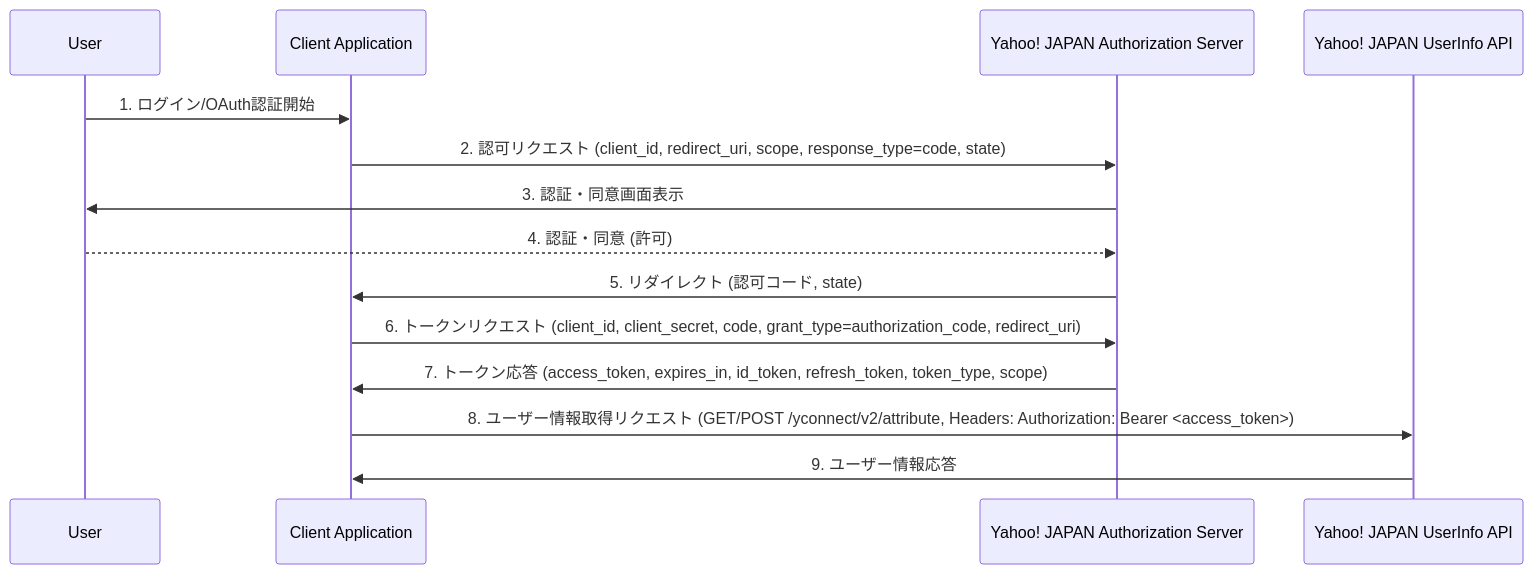
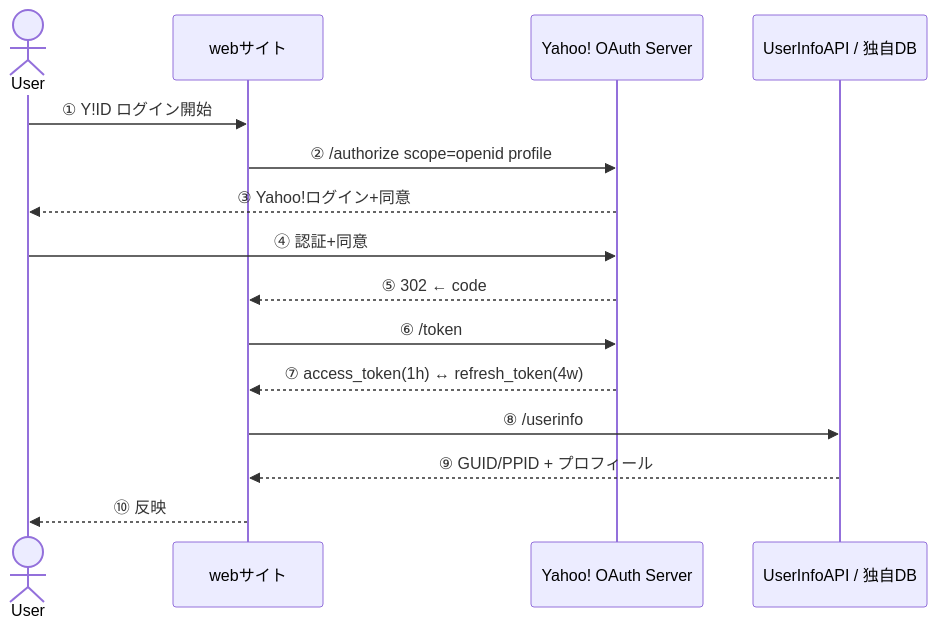
The diagram in docs/authentication/oauth/yahoo.md (tamai-hideyuki/tamai-hideyuki), drawn with Mermaid before and after one commit. The commit also changed other lines of this file and 12 other files, not shown here.

````diff
--- a/docs/authentication/oauth/yahoo.md
+++ b/docs/authentication/oauth/yahoo.md
@@ -7,17 +8,19 @@
 ```mermaid
 sequenceDiagram
-    participant User
-    participant ClientApp as Client Application
-    participant YahooAuth as Yahoo! JAPAN Authorization Server
-    participant YahooUserInfo as Yahoo! JAPAN UserInfo API
+  actor User
+  participant Site as webサイト
+  participant YAuth as Yahoo! OAuth Server
+  participant YAPI as UserInfoAPI / 独自DB
 
-    User->>ClientApp: 1. ログイン/OAuth認証開始
-    ClientApp->>YahooAuth: 2. 認可リクエスト (client_id, redirect_uri, scope, response_type=code, state)
-    YahooAuth->>User: 3. 認証・同意画面表示
-    User-->>YahooAuth: 4. 認証・同意 (許可)
-    YahooAuth->>ClientApp: 5. リダイレクト (認可コード, state)
-    ClientApp->>YahooAuth: 6. トークンリクエスト (client_id, client_secret, code, grant_type=authorization_code, redirect_uri)
-    YahooAuth->>ClientApp: 7. トークン応答 (access_token, expires_in, id_token, refresh_token, token_type, scope)
-    ClientApp->>YahooUserInfo: 8. ユーザー情報取得リクエスト (GET/POST /yconnect/v2/attribute, Headers: Authorization: Bearer <access_token>)
-    YahooUserInfo->>ClientApp: 9. ユーザー情報応答
+  User->>Site: ① Y!ID ログイン開始
+  Site->>YAuth: ② /authorize scope=openid profile
+  YAuth-->>User: ③ Yahoo!ログイン+同意
+  User->>YAuth: ④ 認証+同意
+  YAuth-->>Site: ⑤ 302 ← code
+  Site->>YAuth: ⑥ /token
+  YAuth-->>Site: ⑦ access_token(1h) ↔ refresh_token(4w)
+  Site->>YAPI: ⑧ /userinfo
+  YAPI-->>Site: ⑨ GUID/PPID + プロフィール
+  Site-->>User: ⑩ 反映
+
 ```
````
